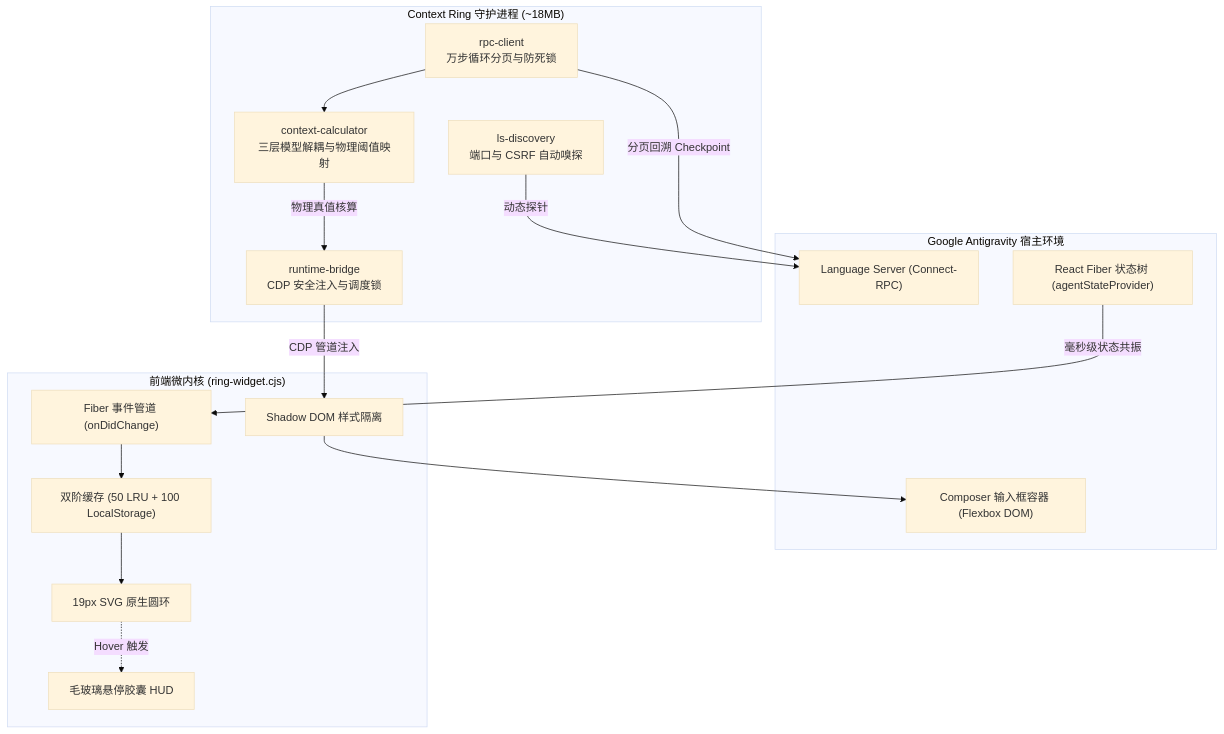
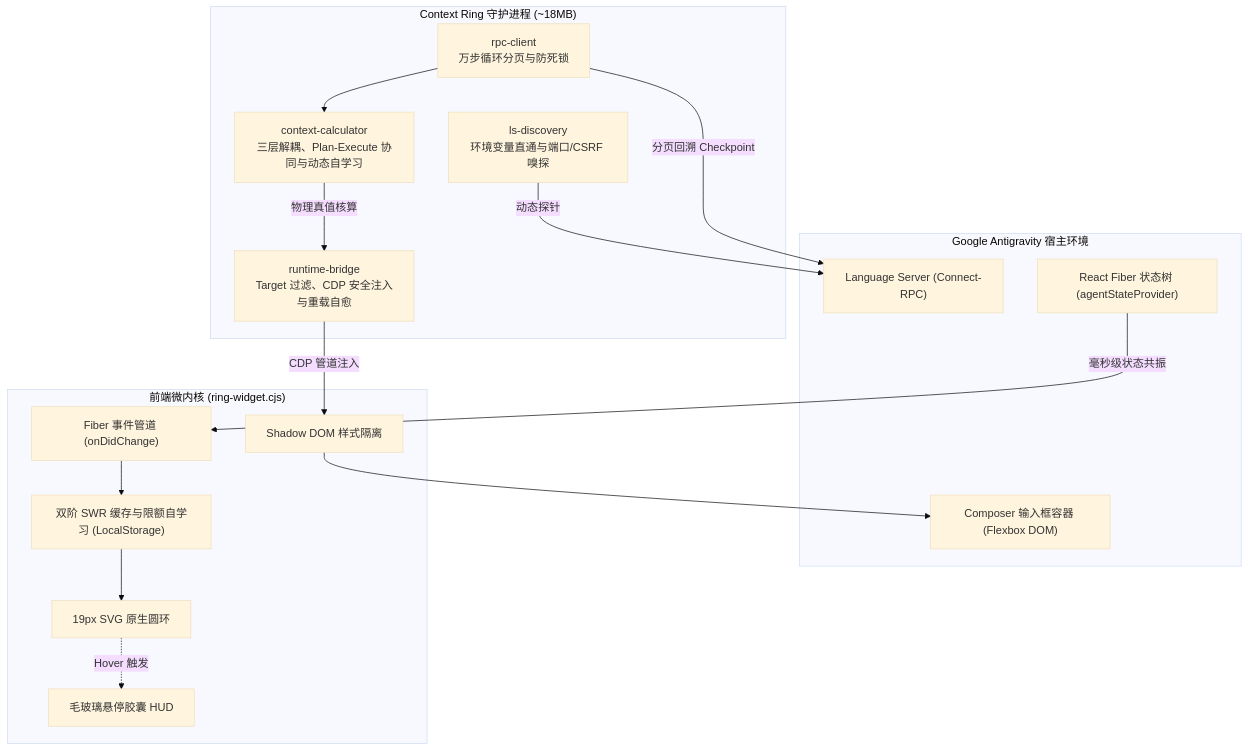
One commit to brien9/antigravity-context-ring changed the diagram in README.md. Above: the diagram before and after it, drawn with Mermaid (base theme). The commit also changed other lines of this file and 23 other files, not shown here.

````diff
--- a/README.md
+++ b/README.md
@@ -95,34 +96,34 @@
 ```mermaid
 flowchart TD
     subgraph AntigravityHost["Google Antigravity 宿主环境"]
         LS["Language Server (Connect-RPC)"]
         Fiber["React Fiber 状态树 (agentStateProvider)"]
         UI["Composer 输入框容器 (Flexbox DOM)"]
     end
 
     subgraph SidecarEngine["Context Ring 守护进程 (~18MB)"]
-        Discovery["ls-discovery<br/>端口与 CSRF 自动嗅探"]
+        Discovery["ls-discovery<br/>环境变量直通与端口/CSRF 嗅探"]
         Rpc["rpc-client<br/>万步循环分页与防死锁"]
-        Calc["context-calculator<br/>三层模型解耦与物理阈值映射"]
-        Bridge["runtime-bridge<br/>CDP 安全注入与调度锁"]
+        Calc["context-calculator<br/>三层解耦、Plan-Execute 协同与动态自学习"]
+        Bridge["runtime-bridge<br/>Target 过滤、CDP 安全注入与重载自愈"]
     end
 
     subgraph NativeWidget["前端微内核 (ring-widget.cjs)"]
         ShadowRoot["Shadow DOM 样式隔离"]
         RingDOM["19px SVG 原生圆环"]
         TooltipDOM["毛玻璃悬停胶囊 HUD"]
-        SWRMap["双阶缓存 (50 LRU + 100 LocalStorage)"]
+        SWRMap["双阶 SWR 缓存与限额自学习 (LocalStorage)"]
         FiberObserver["Fiber 事件管道 (onDidChange)"]
     end
 
     Discovery -->|"动态探针"| LS
     Rpc -->|"分页回溯 Checkpoint"| LS
     Rpc --> Calc
     Calc -->|"物理真值核算"| Bridge
     Bridge -->|"CDP 管道注入"| ShadowRoot
     ShadowRoot --> UI
     Fiber -->|"毫秒级状态共振"| FiberObserver
     FiberObserver --> SWRMap
     SWRMap --> RingDOM
     RingDOM -.->|"Hover 触发"| TooltipDOM
 ```
````
